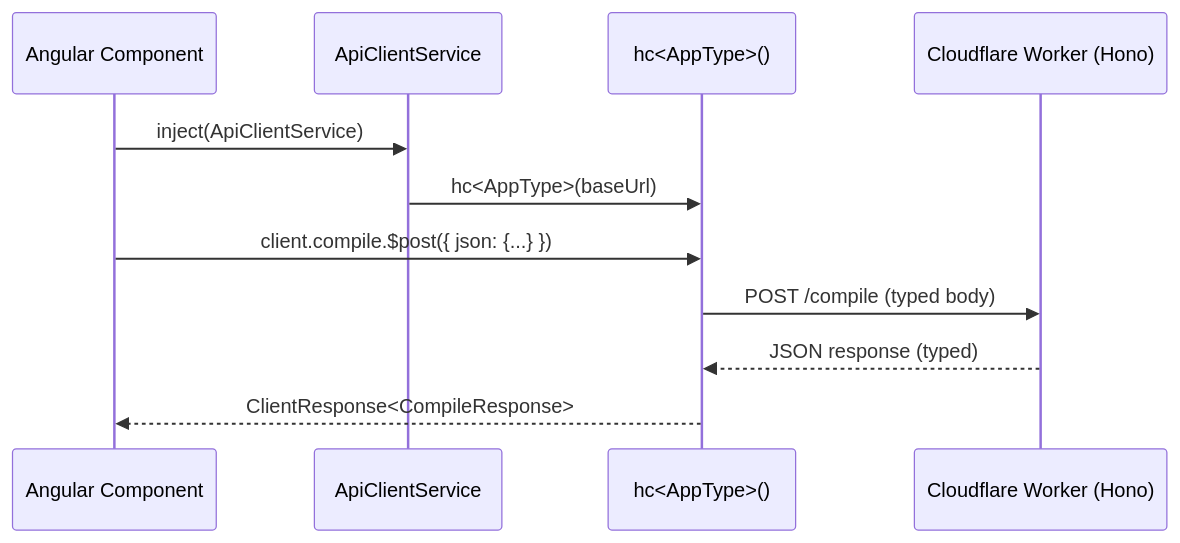
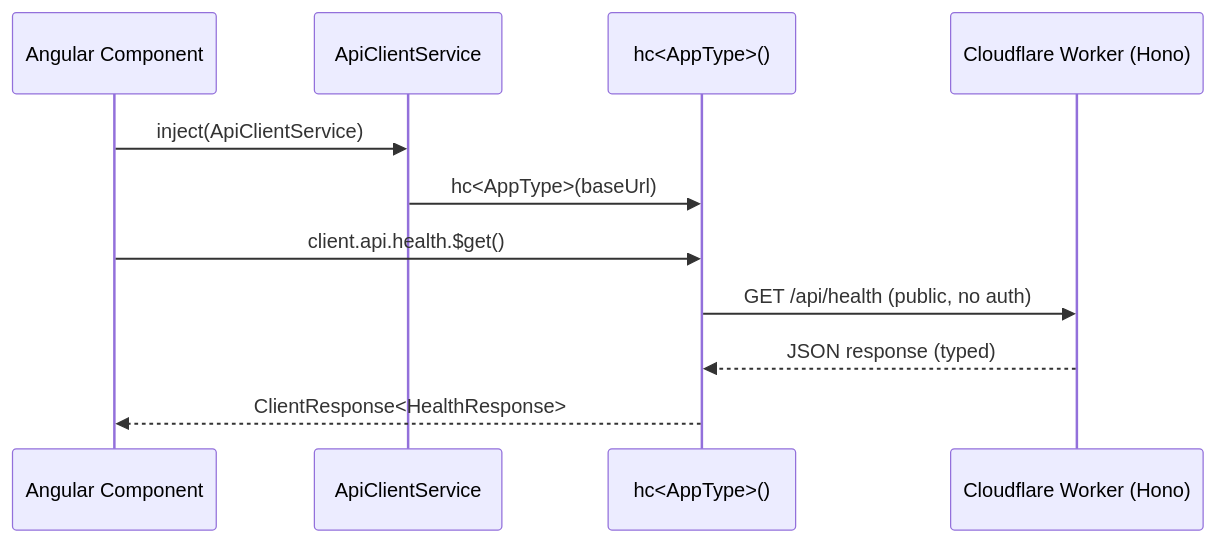
Before and after one commit to jaypatrick/adblock-compiler: the diagram in docs/architecture/hono-rpc-client.md, drawn with Mermaid. The commit also changed other lines of this file and 4 other files, not shown here.

First line of the commit message:
fix: apply second PR review round — shared OpenAPI constant, middleware order, compile removed from RPC client, docs, test rename

````diff
--- a/docs/architecture/hono-rpc-client.md
+++ b/docs/architecture/hono-rpc-client.md
@@ -8,14 +15,14 @@
 ```mermaid
 sequenceDiagram
     participant A as Angular Component
     participant S as ApiClientService
     participant H as hc<AppType>()
     participant W as Cloudflare Worker (Hono)
 
     A->>S: inject(ApiClientService)
     S->>H: hc<AppType>(baseUrl)
-    A->>H: client.compile.$post({ json: {...} })
-    H->>W: POST /compile (typed body)
+    A->>H: client.api.health.$get()
+    H->>W: GET /api/health (public, no auth)
     W-->>H: JSON response (typed)
-    H-->>A: ClientResponse<CompileResponse>
+    H-->>A: ClientResponse<HealthResponse>
 ```
````
